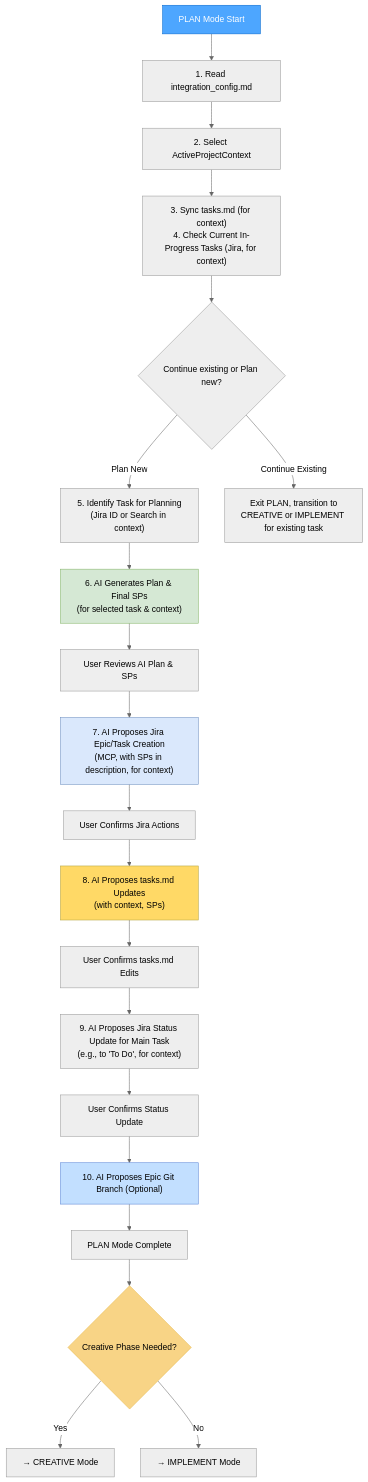
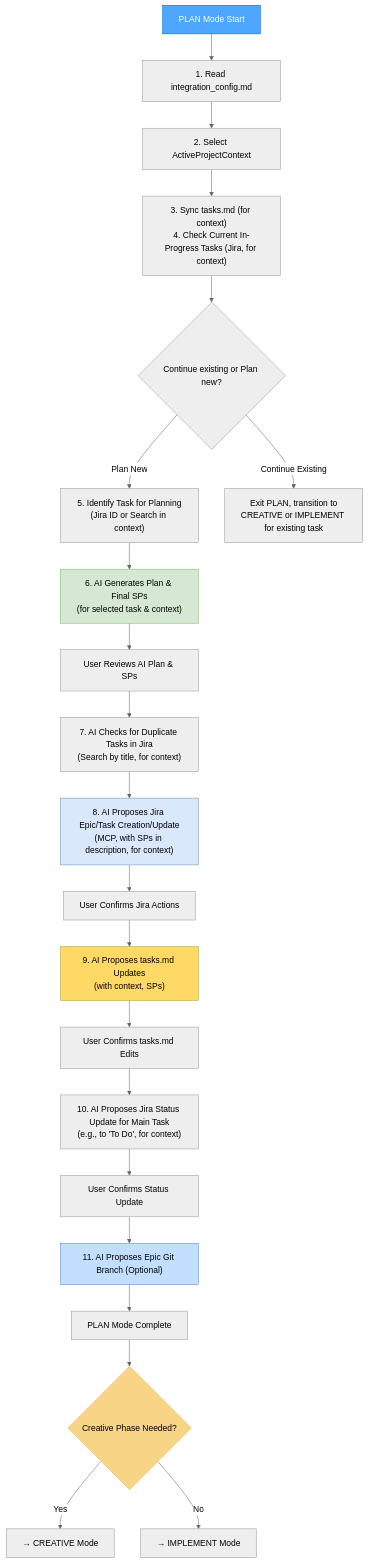
Before and after one commit to ms-moar/cursor-tools: the first of 5 diagrams in custom_modes/plan_instructions.md, drawn with Mermaid (neutral theme). The commit also changed other lines of this file and 4 other files, not shown here.

````diff
--- a/custom_modes/plan_instructions.md
+++ b/custom_modes/plan_instructions.md
@@ -62,33 +68,34 @@
 ```mermaid
 graph TD
     Start["PLAN Mode Start"] --> ReadConfig["1. Read integration_config.md"]
     ReadConfig --> SelectContext["2. Select ActiveProjectContext"]
     SelectContext --> SyncAndCheckCurrent["3. Sync tasks.md (for context)<br>4. Check Current In-Progress Tasks (Jira, for context)"]
     SyncAndCheckCurrent --> UserChoice{"Continue existing or Plan new?"}
     
     UserChoice --"Plan New"--> IdentifyTask["5. Identify Task for Planning<br>(Jira ID or Search in context)"]
     IdentifyTask --> LLMPlan["6. AI Generates Plan & Final SPs<br>(for selected task & context)"]
     LLMPlan --> ReviewPlan["User Reviews AI Plan & SPs"]
-    ReviewPlan --> JiraCreate["7. AI Proposes Jira Epic/Task Creation<br>(MCP, with SPs in description, for context)"]
+    ReviewPlan --> CheckDuplicateJira["7. AI Checks for Duplicate Tasks in Jira<br>(Search by title, for context)"]
+    CheckDuplicateJira --> JiraCreate["8. AI Proposes Jira Epic/Task Creation/Update<br>(MCP, with SPs in description, for context)"]
     JiraCreate --> ConfirmJira["User Confirms Jira Actions"]
-    ConfirmJira --> UpdateTasksMD["8. AI Proposes tasks.md Updates<br>(with context, SPs)"]
+    ConfirmJira --> UpdateTasksMD["9. AI Proposes tasks.md Updates<br>(with context, SPs)"]
     UpdateTasksMD --> ConfirmTasksMD["User Confirms tasks.md Edits"]
-    ConfirmTasksMD --> JiraStatusUpdate["9. AI Proposes Jira Status Update for Main Task<br>(e.g., to 'To Do', for context)"]
+    ConfirmTasksMD --> JiraStatusUpdate["10. AI Proposes Jira Status Update for Main Task<br>(e.g., to 'To Do', for context)"]
     JiraStatusUpdate --> ConfirmJiraStatus["User Confirms Status Update"]
-    ConfirmJiraStatus --> ProposeEpicBranch["10. AI Proposes Epic Git Branch (Optional)"]
+    ConfirmJiraStatus --> ProposeEpicBranch["11. AI Proposes Epic Git Branch (Optional)"]
     ProposeEpicBranch --> PlanEnd["PLAN Mode Complete"]
     
     PlanEnd --> NextMode{"Creative Phase Needed?"}
     NextMode --"Yes"--> ToCreative["→ CREATIVE Mode"]
     NextMode --"No"--> ToImplement["→ IMPLEMENT Mode"]
 
     UserChoice --"Continue Existing"--> ExitPlan["Exit PLAN, transition to<br>CREATIVE or IMPLEMENT for existing task"]
 
     %% Styling
     style Start fill:#4da6ff,stroke:#0066cc,color:white
     style LLMPlan fill:#D5E8D4,stroke:#82B366
     style JiraCreate fill:#DAE8FC,stroke:#6C8EBF
     style UpdateTasksMD fill:#FFD966,stroke:#B3A240
     style NextMode fill:#f8d486,stroke:#e8b84d
     style ProposeEpicBranch fill:#C2DFFF,stroke:#5C85D6
 ```
````
